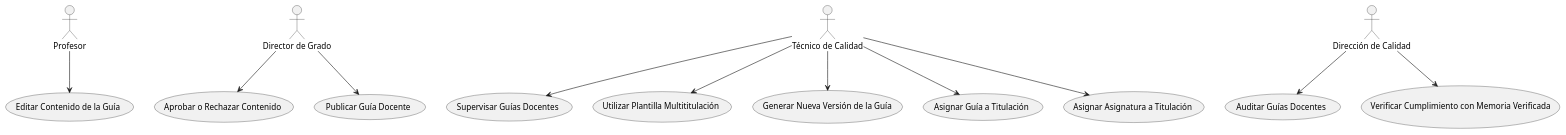
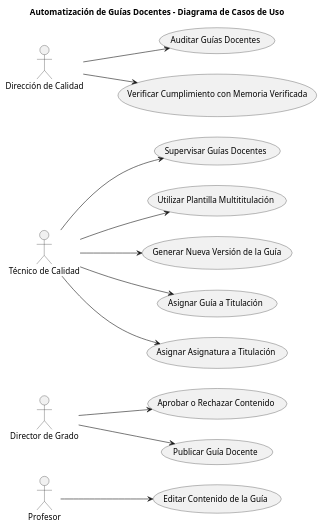
Before and after one commit to mmasias/24-25-IdSw1-SDR: the diagram in CasosDeUso/diagramaCasosDeUso/diagramaCasosDeUso.puml, drawn with PlantUML.

```diff
--- a/CasosDeUso/diagramaCasosDeUso/diagramaCasosDeUso.puml
+++ b/CasosDeUso/diagramaCasosDeUso/diagramaCasosDeUso.puml
@@ -1,28 +1,33 @@
 @startuml
+
+title Automatización de Guías Docentes - Diagrama de Casos de Uso
+
+left to right direction
+
 actor Profesor
 actor "Director de Grado" as DirectorGrado
 actor "Técnico de Calidad" as TecnicoCalidad
 actor "Dirección de Calidad" as DireccionCalidad
 
 usecase "Editar Contenido de la Guía" as EditarGuia
 usecase "Aprobar o Rechazar Contenido" as AprobarContenido
 usecase "Supervisar Guías Docentes" as SupervisarGuias
 usecase "Auditar Guías Docentes" as AuditarGuias
 usecase "Utilizar Plantilla Multititulación" as UtilizarPlantilla
 usecase "Generar Nueva Versión de la Guía" as GenerarVersion
 usecase "Asignar Guía a Titulación" as AsignarGuiaTitulacion
 usecase "Asignar Asignatura a Titulación" as AsignarAsignaturaTitulacion
 usecase "Publicar Guía Docente" as PublicarGuia
 usecase "Verificar Cumplimiento con Memoria Verificada" as VerificarMemoria
 
 Profesor --> EditarGuia
 DirectorGrado --> AprobarContenido
 DirectorGrado --> PublicarGuia
 TecnicoCalidad --> SupervisarGuias
 TecnicoCalidad --> UtilizarPlantilla
 TecnicoCalidad --> GenerarVersion
 TecnicoCalidad --> AsignarGuiaTitulacion
 TecnicoCalidad --> AsignarAsignaturaTitulacion
 DireccionCalidad --> AuditarGuias
 DireccionCalidad --> VerificarMemoria
 @enduml
```
